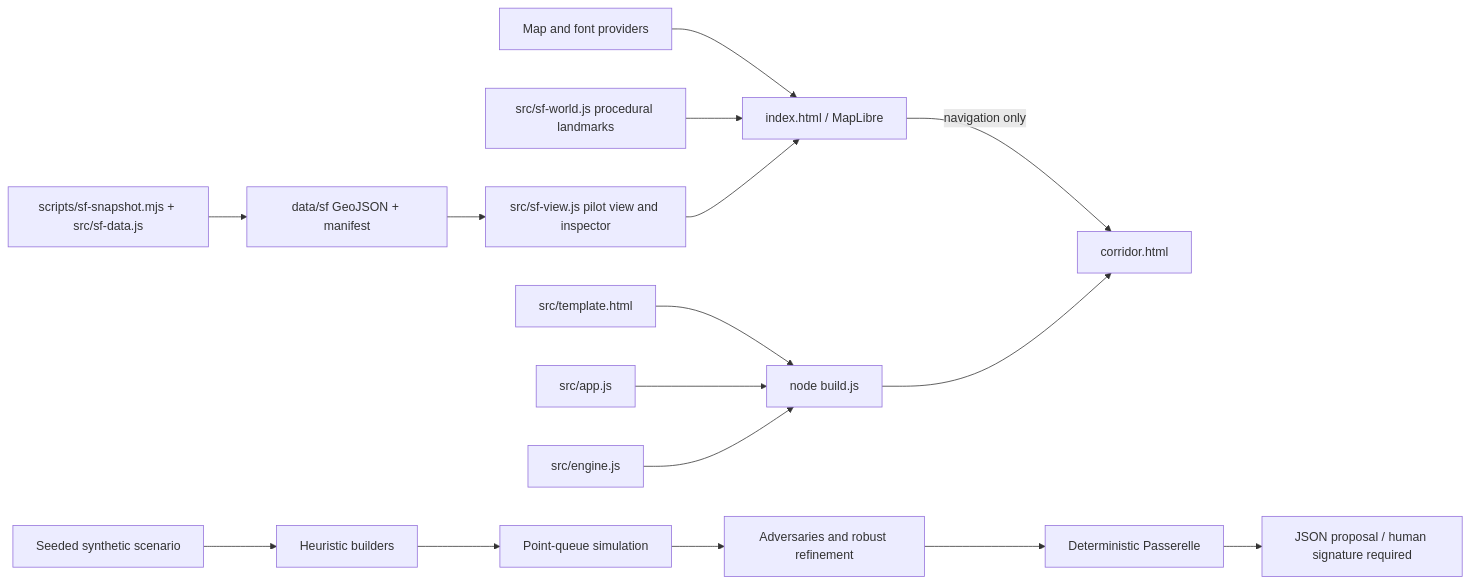
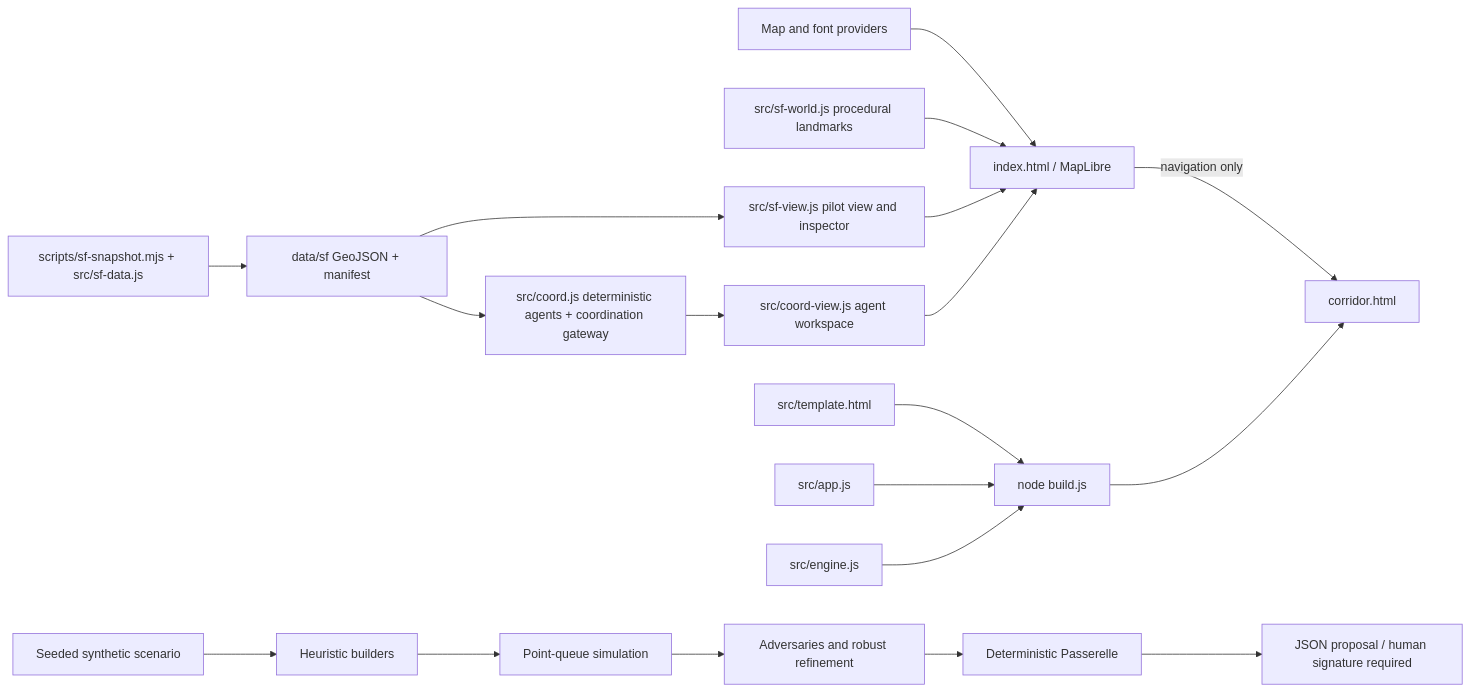
The diagram in docs/ARCHITECTURE.md (vincentleg/core), drawn with Mermaid before and after one commit. The commit also changed other lines of this file and 15 other files, not shown here.

First line of the commit message:
feat: add real-data infrastructure agents and coordination workspace

````diff
--- a/docs/ARCHITECTURE.md
+++ b/docs/ARCHITECTURE.md
@@ -7,18 +7,21 @@
 ```mermaid
 flowchart LR
   Providers[Map and font providers] --> Globe[index.html / MapLibre]
   World[src/sf-world.js procedural landmarks] --> Globe
   Snapshot[scripts/sf-snapshot.mjs + src/sf-data.js] --> Data[data/sf GeoJSON + manifest]
   Data --> View[src/sf-view.js pilot view and inspector]
   View --> Globe
+  Data --> Coord[src/coord.js deterministic agents + coordination gateway]
+  Coord --> Workspace[src/coord-view.js agent workspace]
+  Workspace --> Globe
   Globe -->|navigation only| Corridor[corridor.html]
   Template[src/template.html] --> Build[node build.js]
   App[src/app.js] --> Build
   Engine[src/engine.js] --> Build
   Build --> Corridor
   Scenario[Seeded synthetic scenario] --> Builders[Heuristic builders]
   Builders --> Simulator[Point-queue simulation]
   Simulator --> Stress[Adversaries and robust refinement]
   Stress --> Gateway[Deterministic Passerelle]
   Gateway --> Proposal[JSON proposal / human signature required]
 ```
````
